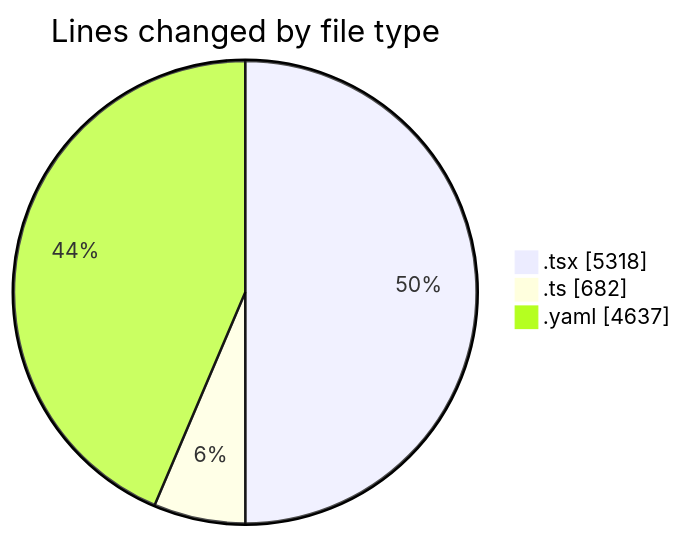
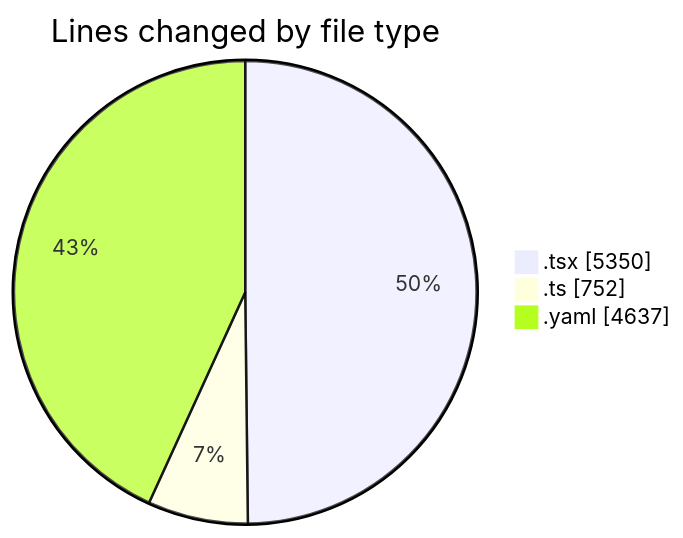
One commit to julien-gomy/code-tracking changed the first of 2 diagrams in 2025-10-13/eventscop-frontend-guide__workspace_/README.md. Above: the diagram before and after it, drawn with Mermaid. The commit also changed other lines of this file and 1 other file, not shown here.

````diff
--- a/2025-10-13/eventscop-frontend-guide__workspace_/README.md
+++ b/2025-10-13/eventscop-frontend-guide__workspace_/README.md
@@ -46,7 +46,7 @@
 ```mermaid
 pie showData
 title Lines changed by file type
-".tsx" : 5318
-".ts" : 682
+".tsx" : 5350
+".ts" : 752
 ".yaml" : 4637
 ```
````
